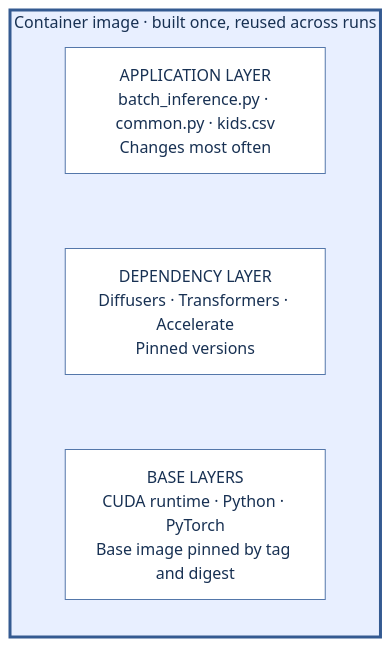
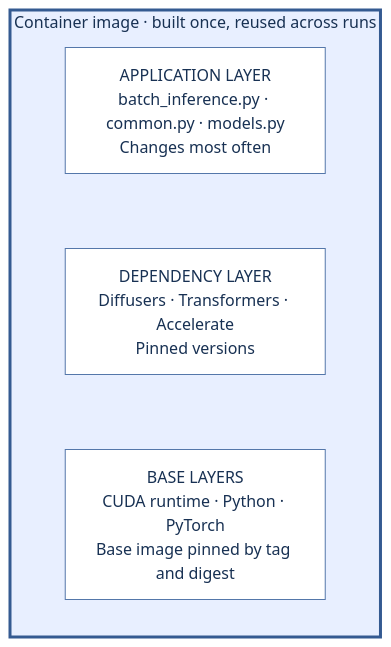
The first of 2 diagrams in 01-consistent-media-generation-on-serverless-gpus/03-containers.md (mnrozhkov/production-ai-agents-for-media-generation), drawn with Mermaid before and after one commit. The commit also changed other lines of this file and 20 other files, not shown here.

````diff
--- a/01-consistent-media-generation-on-serverless-gpus/03-containers.md
+++ b/01-consistent-media-generation-on-serverless-gpus/03-containers.md
@@ -58,14 +58,14 @@
 ```mermaid
 flowchart TB
     subgraph image["Container image · built once, reused across runs"]
         direction TB
-        code["APPLICATION LAYER<br/>batch_inference.py · common.py · kids.csv<br/>Changes most often"]
+        code["APPLICATION LAYER<br/>batch_inference.py · common.py · models.py<br/>Changes most often"]
         libs["DEPENDENCY LAYER<br/>Diffusers · Transformers · Accelerate<br/>Pinned versions"]
         base["BASE LAYERS<br/>CUDA runtime · Python · PyTorch<br/>Base image pinned by tag and digest"]
         code ~~~ libs ~~~ base
     end
 
     classDef layer fill:#ffffff,stroke:#5477aa,color:#183153
     class code,libs,base layer
     style image fill:#e8efff,stroke:#345a91,stroke-width:3px,color:#183153
 ```
````
